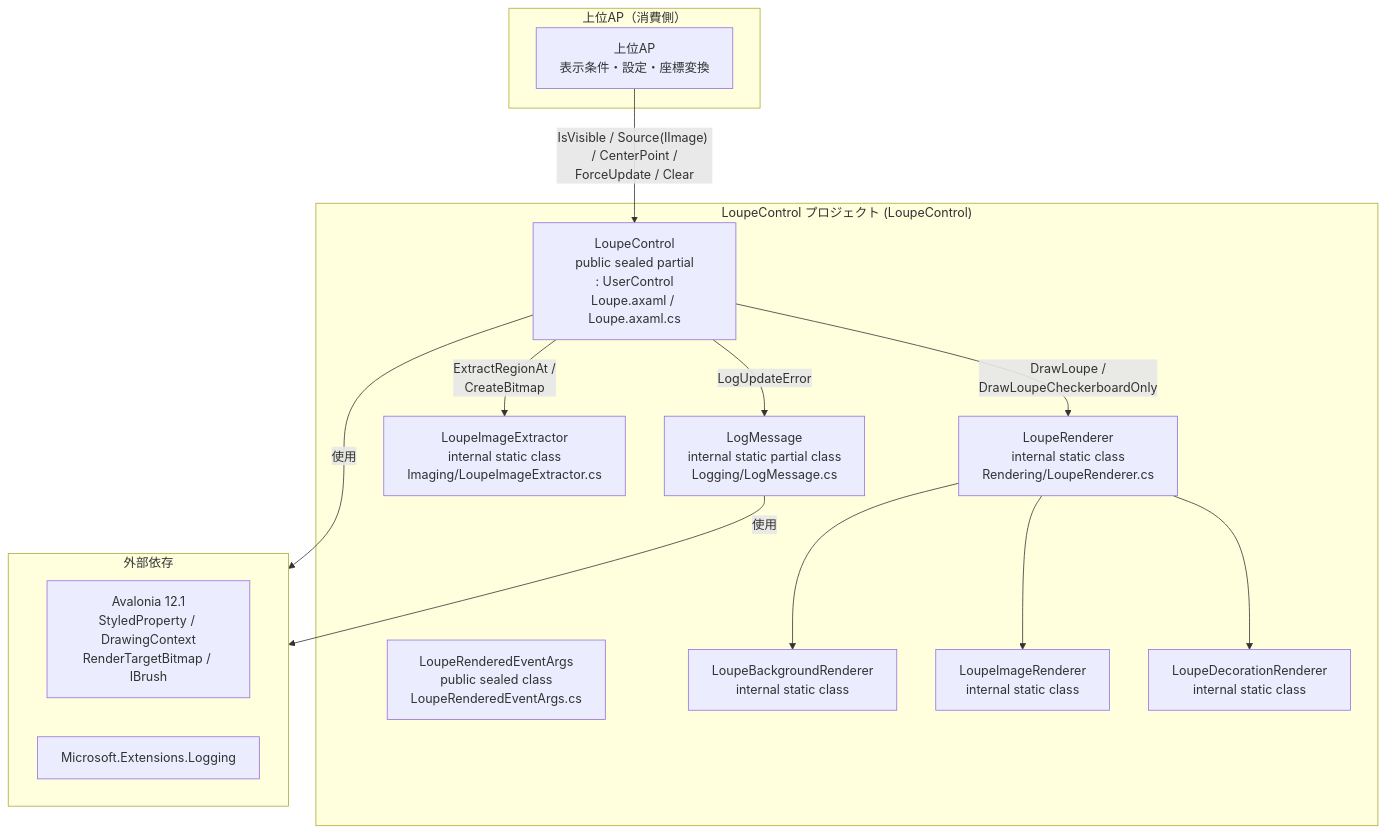
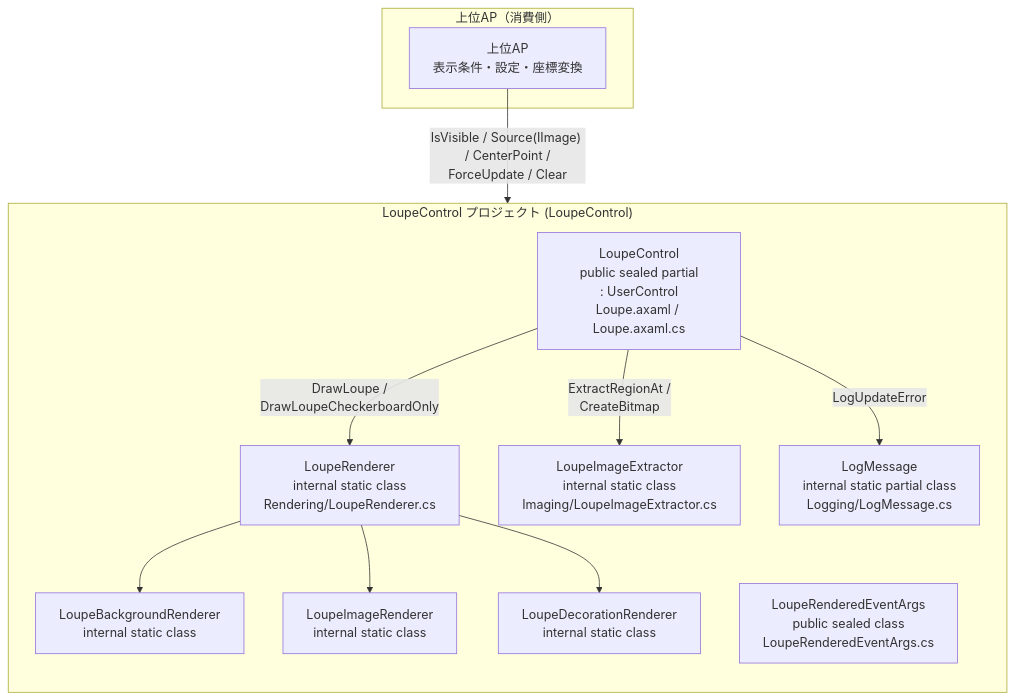
One commit to tomokuni/SaveEvidence changed the first of 2 diagrams in src/LoupeControl/SPEC_System.md. Above: the diagram before and after it, drawn with Mermaid. The commit also changed other lines of this file and 50 other files, not shown here.

````diff
--- a/src/LoupeControl/SPEC_System.md
+++ b/src/LoupeControl/SPEC_System.md
@@ -85,30 +85,25 @@
 ```mermaid
 flowchart TB
+    subgraph Host["上位AP（消費側）"]
+        AP["上位AP<br/>表示条件・設定・座標変換"]
+    end
     subgraph LC["LoupeControl プロジェクト (LoupeControl)"]
+        direction TB
         Ctl["LoupeControl<br/>public sealed partial<br/>: UserControl<br/>Loupe.axaml / Loupe.axaml.cs"]
-        Evt["LoupeRenderedEventArgs<br/>public sealed class<br/>LoupeRenderedEventArgs.cs"]
         Rdr["LoupeRenderer<br/>internal static class<br/>Rendering/LoupeRenderer.cs"]
+        Ext["LoupeImageExtractor<br/>internal static class<br/>Imaging/LoupeImageExtractor.cs"]
         Bg["LoupeBackgroundRenderer<br/>internal static class"]
         Img["LoupeImageRenderer<br/>internal static class"]
         Dec["LoupeDecorationRenderer<br/>internal static class"]
-        Ext["LoupeImageExtractor<br/>internal static class<br/>Imaging/LoupeImageExtractor.cs"]
+        Evt["LoupeRenderedEventArgs<br/>public sealed class<br/>LoupeRenderedEventArgs.cs"]
         Log["LogMessage<br/>internal static partial class<br/>Logging/LogMessage.cs"]
     end
-    subgraph Dep["外部依存"]
-        Av["Avalonia 12.1<br/>StyledProperty / DrawingContext<br/>RenderTargetBitmap / IBrush"]
-        Lg["Microsoft.Extensions.Logging"]
-    end
-    subgraph Host["上位AP（消費側）"]
-        AP["上位AP<br/>表示条件・設定・座標変換"]
-    end
 
+    AP -->|"IsVisible / Source(IImage) / CenterPoint /<br/>ForceUpdate / Clear"| Ctl
     Ctl -->|"DrawLoupe /<br/>DrawLoupeCheckerboardOnly"| Rdr
     Ctl -->|"ExtractRegionAt /<br/>CreateBitmap"| Ext
     Ctl -->|"LogUpdateError"| Log
-    AP -->|"IsVisible / Source(IImage) / CenterPoint /<br/>ForceUpdate / Clear"| Ctl
-    Ctl -->|"使用"| Dep
-    Log -->|"使用"| Dep
     Rdr --> Bg
     Rdr --> Img
     Rdr --> Dec
 ```
````
